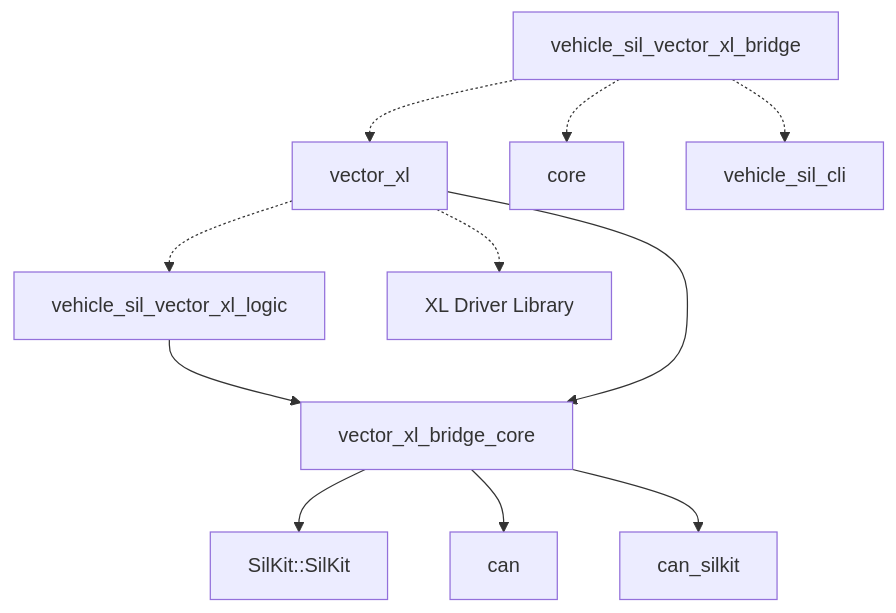
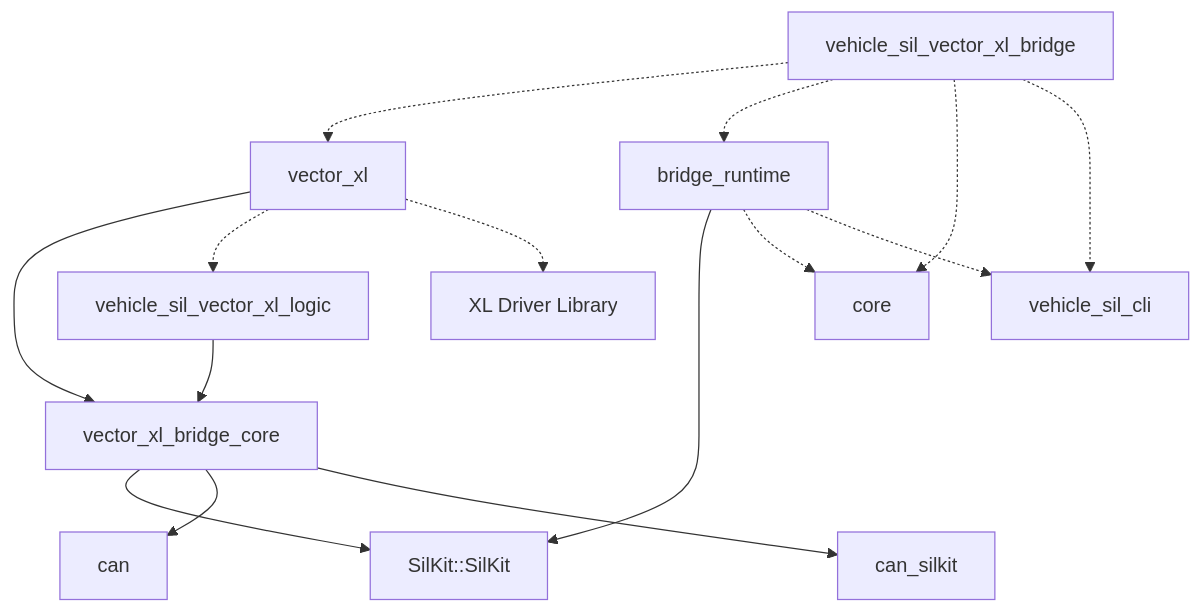
Before and after one commit to rahanahu/vehicle-sil: the seventh of 8 diagrams in docs/code-map.md, drawn with Mermaid. The commit also changed other lines of this file and 19 other files, not shown here.

````diff
--- a/docs/code-map.md
+++ b/docs/code-map.md
@@ -259,13 +261,17 @@
 ```mermaid
 flowchart TD
     vector_xl_bridge_core --> SilKit["SilKit::SilKit"]
     vector_xl_bridge_core --> can
     vector_xl_bridge_core --> can_silkit
     vehicle_sil_vector_xl_logic --> vector_xl_bridge_core
     vector_xl --> vector_xl_bridge_core
     vector_xl -.-> vehicle_sil_vector_xl_logic
     vector_xl -.-> vxlapi["XL Driver Library"]
     vehicle_sil_vector_xl_bridge -.-> vector_xl
+    vehicle_sil_vector_xl_bridge -.-> bridge_runtime
     vehicle_sil_vector_xl_bridge -.-> core
     vehicle_sil_vector_xl_bridge -.-> vehicle_sil_cli
+    bridge_runtime --> SilKit
+    bridge_runtime -.-> core
+    bridge_runtime -.-> vehicle_sil_cli
 ```
````
